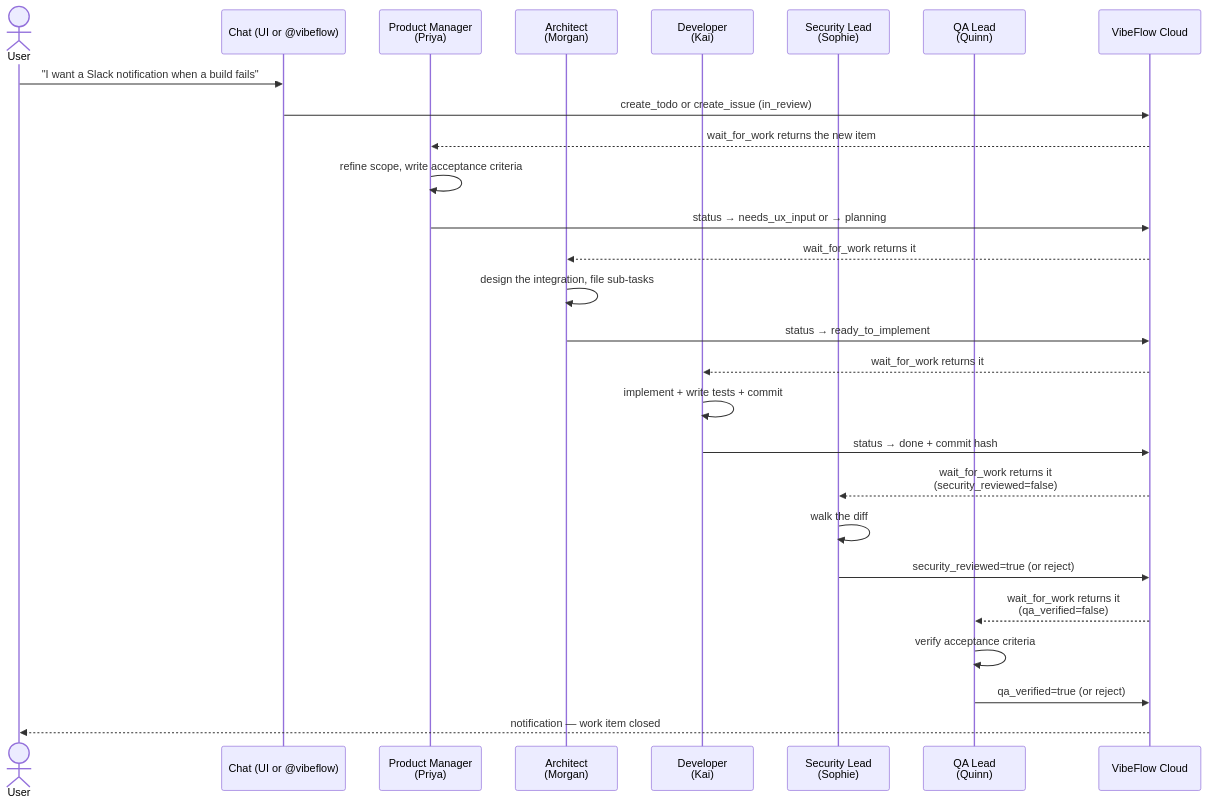
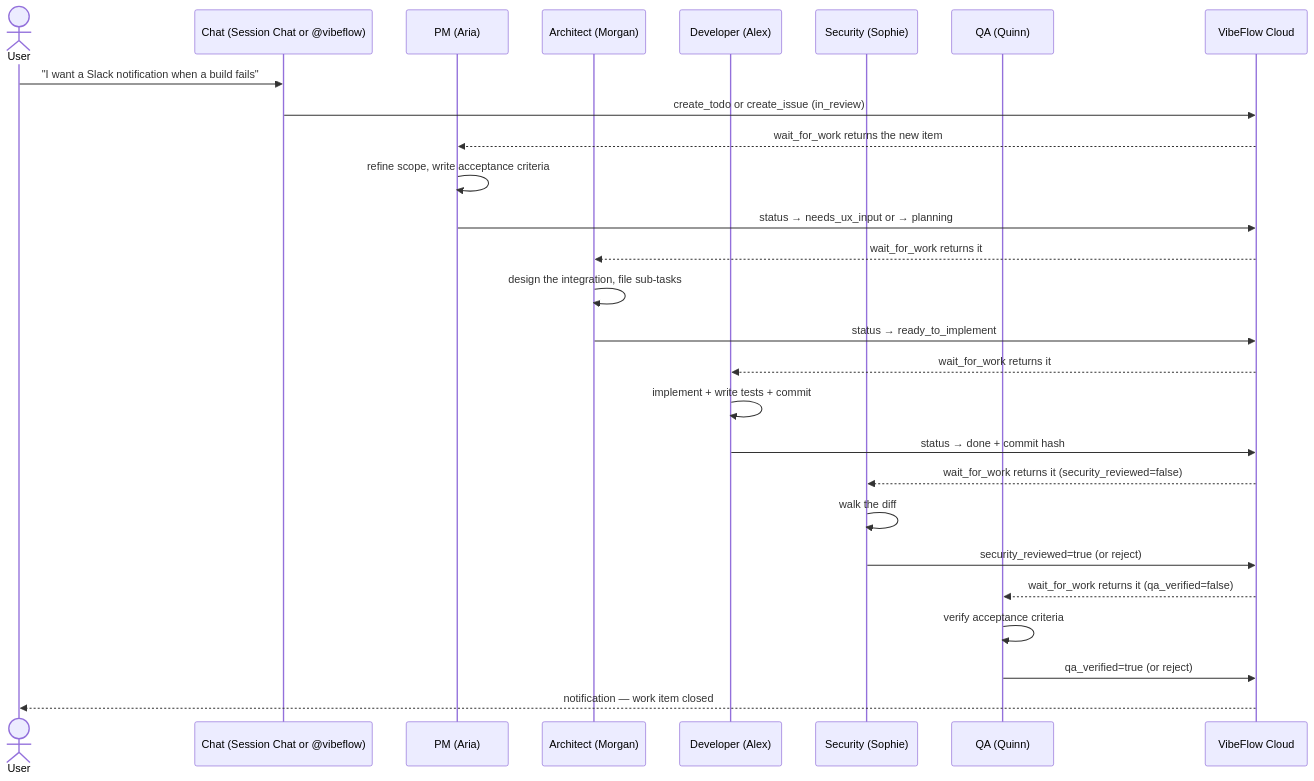
Before and after one commit to axiom-studio/vscode-vibeflow: the fifth of 7 diagrams in docs/user-guide/03-workflows-and-flows.md, drawn with Mermaid. The commit also changed other lines of this file and 29 other files, not shown here.

````diff
--- a/docs/user-guide/03-workflows-and-flows.md
+++ b/docs/user-guide/03-workflows-and-flows.md
@@ -213,30 +174,30 @@
 ```mermaid
 sequenceDiagram
     actor User
-    participant Chat as Chat (UI or @vibeflow)
-    participant PM as Product Manager<br/>(Priya)
-    participant Arch as Architect<br/>(Morgan)
-    participant Dev as Developer<br/>(Kai)
-    participant Sec as Security Lead<br/>(Sophie)
-    participant QA as QA Lead<br/>(Quinn)
+    participant Chat as Chat (Session Chat or @vibeflow)
+    participant PM as PM (Aria)
+    participant Arch as Architect (Morgan)
+    participant Dev as Developer (Alex)
+    participant Sec as Security (Sophie)
+    participant QA as QA (Quinn)
     participant Server as VibeFlow Cloud
 
     User->>Chat: "I want a Slack notification when a build fails"
     Chat->>Server: create_todo or create_issue (in_review)
     Server-->>PM: wait_for_work returns the new item
     PM->>PM: refine scope, write acceptance criteria
     PM->>Server: status → needs_ux_input or → planning
     Server-->>Arch: wait_for_work returns it
     Arch->>Arch: design the integration, file sub-tasks
     Arch->>Server: status → ready_to_implement
     Server-->>Dev: wait_for_work returns it
     Dev->>Dev: implement + write tests + commit
     Dev->>Server: status → done + commit hash
-    Server-->>Sec: wait_for_work returns it<br/>(security_reviewed=false)
+    Server-->>Sec: wait_for_work returns it (security_reviewed=false)
     Sec->>Sec: walk the diff
     Sec->>Server: security_reviewed=true (or reject)
-    Server-->>QA: wait_for_work returns it<br/>(qa_verified=false)
+    Server-->>QA: wait_for_work returns it (qa_verified=false)
     QA->>QA: verify acceptance criteria
     QA->>Server: qa_verified=true (or reject)
     Server-->>User: notification — work item closed
 ```
````
